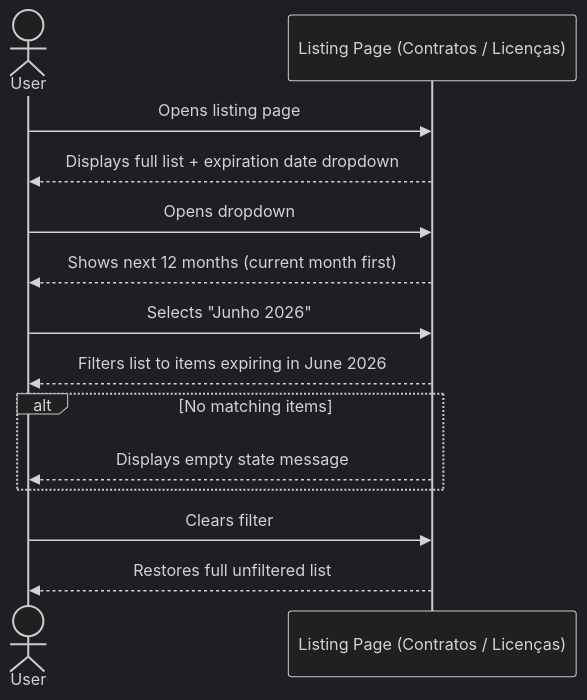
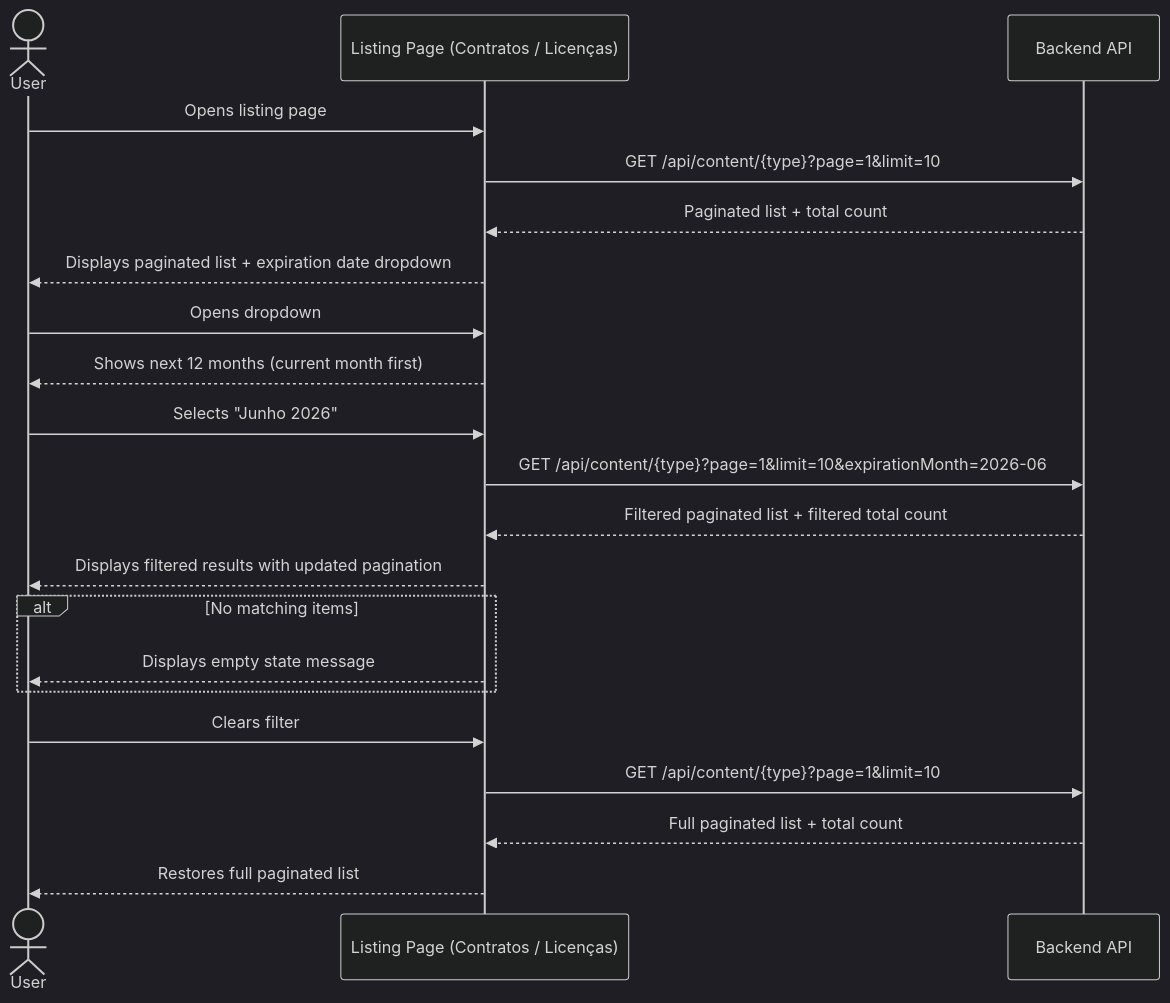
The diagram in .kiro/specs/expiration-date-filter/requirements.md (kadito/clever_v3), drawn with Mermaid (dark theme) before and after one commit. The commit also changed other lines of this file and 26 other files, not shown here.

````diff
--- a/.kiro/specs/expiration-date-filter/requirements.md
+++ b/.kiro/specs/expiration-date-filter/requirements.md
@@ -130,21 +161,28 @@
 ```mermaid
 sequenceDiagram
     actor User
     participant ListingPage as Listing Page (Contratos / Licenças)
+    participant Backend as Backend API
 
     User->>ListingPage: Opens listing page
-    ListingPage-->>User: Displays full list + expiration date dropdown
+    ListingPage->>Backend: GET /api/content/{type}?page=1&limit=10
+    Backend-->>ListingPage: Paginated list + total count
+    ListingPage-->>User: Displays paginated list + expiration date dropdown
 
     User->>ListingPage: Opens dropdown
     ListingPage-->>User: Shows next 12 months (current month first)
 
     User->>ListingPage: Selects "Junho 2026"
-    ListingPage-->>User: Filters list to items expiring in June 2026
+    ListingPage->>Backend: GET /api/content/{type}?page=1&limit=10&expirationMonth=2026-06
+    Backend-->>ListingPage: Filtered paginated list + filtered total count
+    ListingPage-->>User: Displays filtered results with updated pagination
 
     alt No matching items
         ListingPage-->>User: Displays empty state message
     end
 
     User->>ListingPage: Clears filter
-    ListingPage-->>User: Restores full unfiltered list
+    ListingPage->>Backend: GET /api/content/{type}?page=1&limit=10
+    Backend-->>ListingPage: Full paginated list + total count
+    ListingPage-->>User: Restores full paginated list
 ```
````
